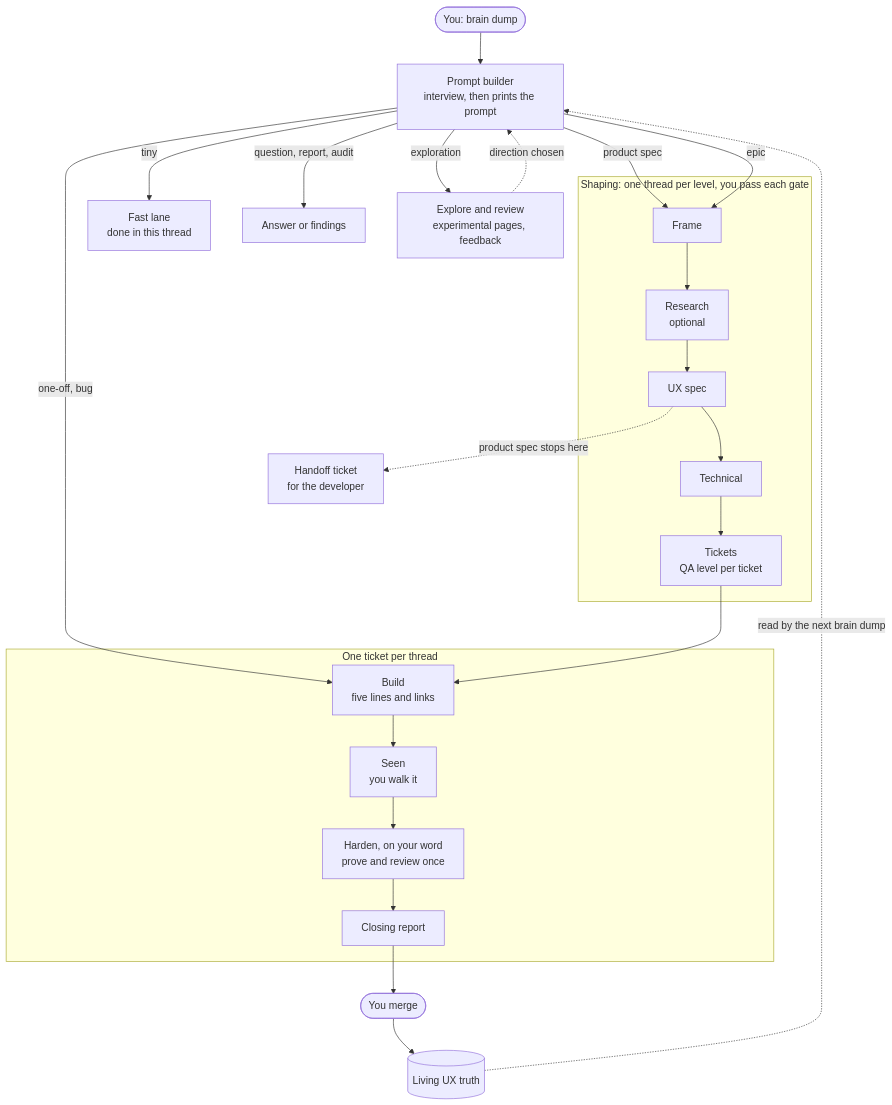
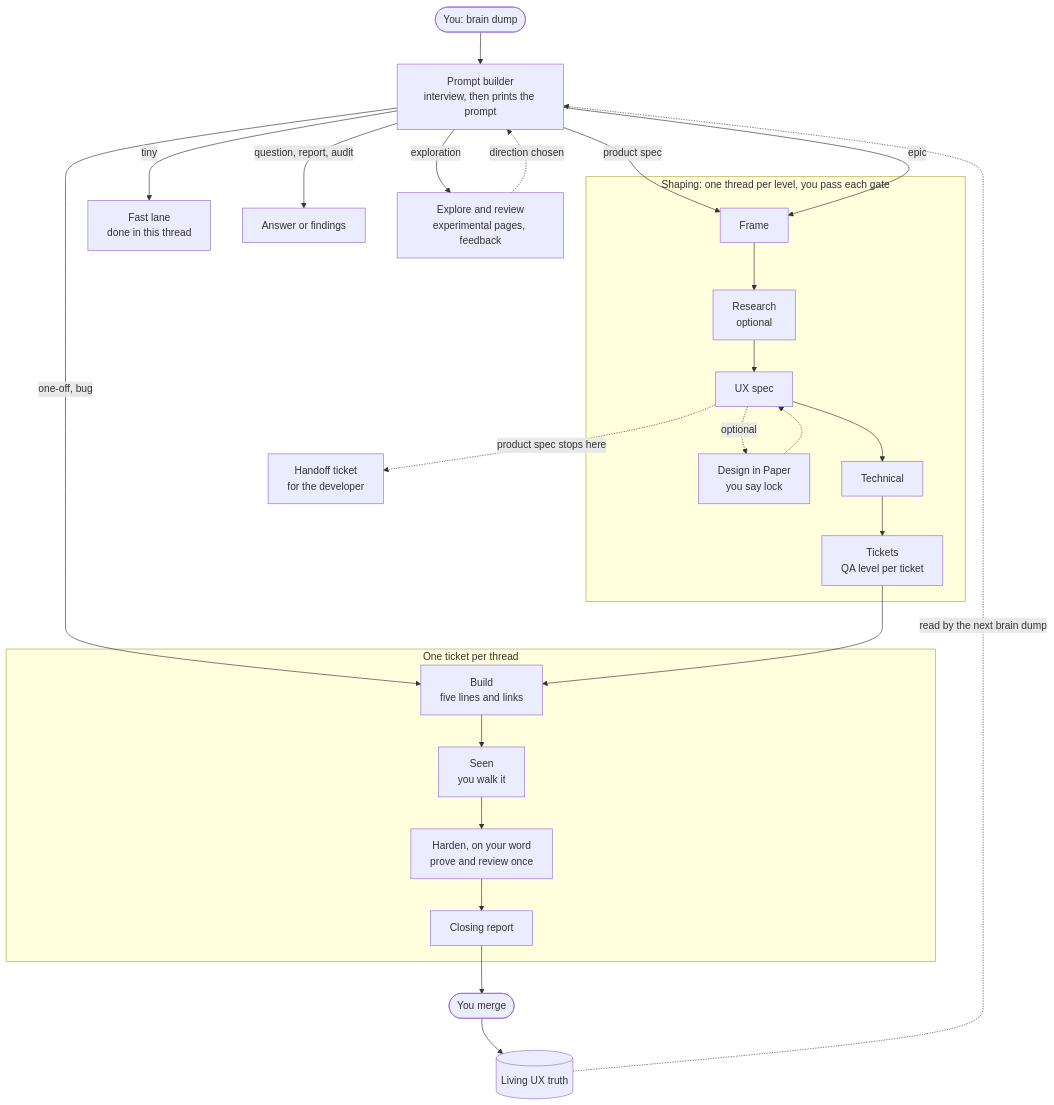
One commit to tayloraucoin/product-engineering-mastery changed the diagram in docs/workflows/README.md. Above: the diagram before and after it, drawn with Mermaid. The commit also changed other lines of this file and 17 other files, not shown here.

Commit message:
PEM: the Design stage — a surface settled in Paper between the UX passes (PR-23)

````diff
--- a/docs/workflows/README.md
+++ b/docs/workflows/README.md
@@ -53,23 +53,24 @@
 ```mermaid
 flowchart TD
   you(["You: brain dump"]) --> pb["Prompt builder<br/>interview, then prints the prompt"]
   pb -->|"tiny"| fast["Fast lane<br/>done in this thread"]
   pb -->|"question, report, audit"| out["Answer or findings"]
   pb -->|"exploration"| explore["Explore and review<br/>experimental pages, feedback"]
   pb -->|"product spec"| frame
   pb -->|"epic"| frame
   pb -->|"one-off, bug"| build
   explore -.->|"direction chosen"| pb
   subgraph SHAPE["Shaping: one thread per level, you pass each gate"]
     frame["Frame"] --> research["Research<br/>optional"] --> ux["UX spec"]
+    ux -.->|"optional"| design["Design in Paper<br/>you say lock"] -.-> ux
     ux --> tech["Technical"] --> tix["Tickets<br/>QA level per ticket"]
   end
   ux -.->|"product spec stops here"| handoff["Handoff ticket<br/>for the developer"]
   tix --> build
   subgraph BUILD["One ticket per thread"]
     build["Build<br/>five lines and links"] --> seen["Seen<br/>you walk it"] --> prove["Harden, on your word<br/>prove and review once"] --> report["Closing report"]
   end
   report --> merge(["You merge"])
   merge --> truth[("Living UX truth")]
   truth -.->|"read by the next brain dump"| pb
 ```
````
